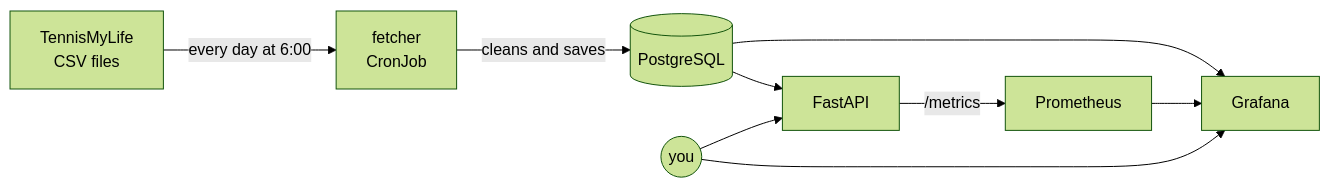
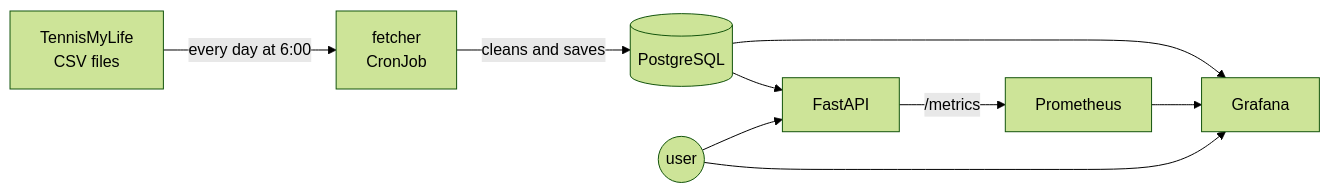
The diagram in README.md (acimovicluka/atp-tennis-tracker), drawn with Mermaid (forest theme) before and after one commit. The commit also changed other lines of this file, not shown here.

````diff
--- a/README.md
+++ b/README.md
@@ -143,11 +141,11 @@
 ```mermaid
 flowchart LR
     TML[TennisMyLife<br>CSV files] -->|every day at 6:00| F[fetcher<br>CronJob]
     F -->|cleans and saves| DB[(PostgreSQL)]
     DB --> API[FastAPI]
     DB --> G[Grafana]
     API -->|/metrics| P[Prometheus]
     P --> G
-    U((you)) --> API
+    U((user)) --> API
     U --> G
 ```
````
